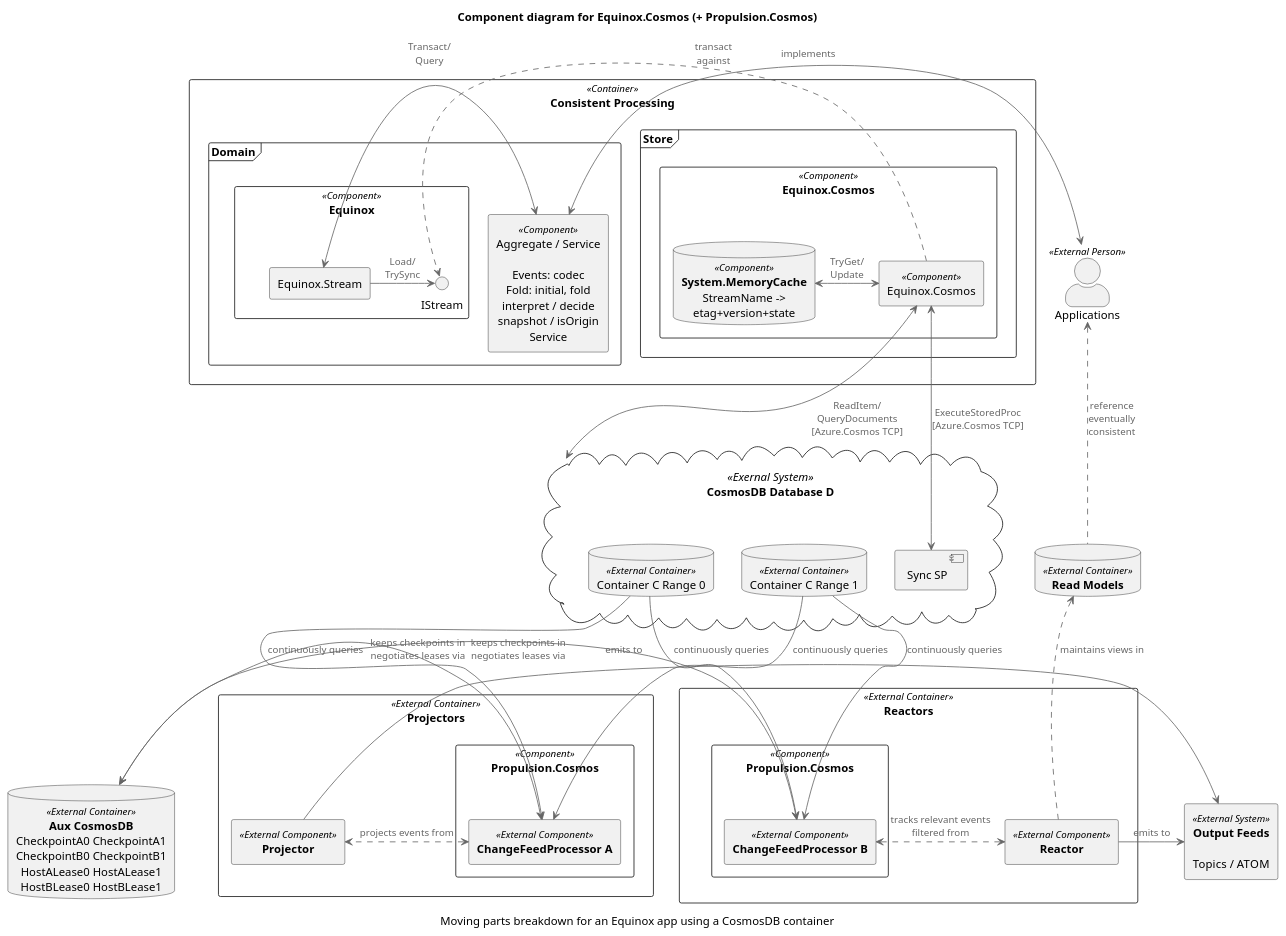
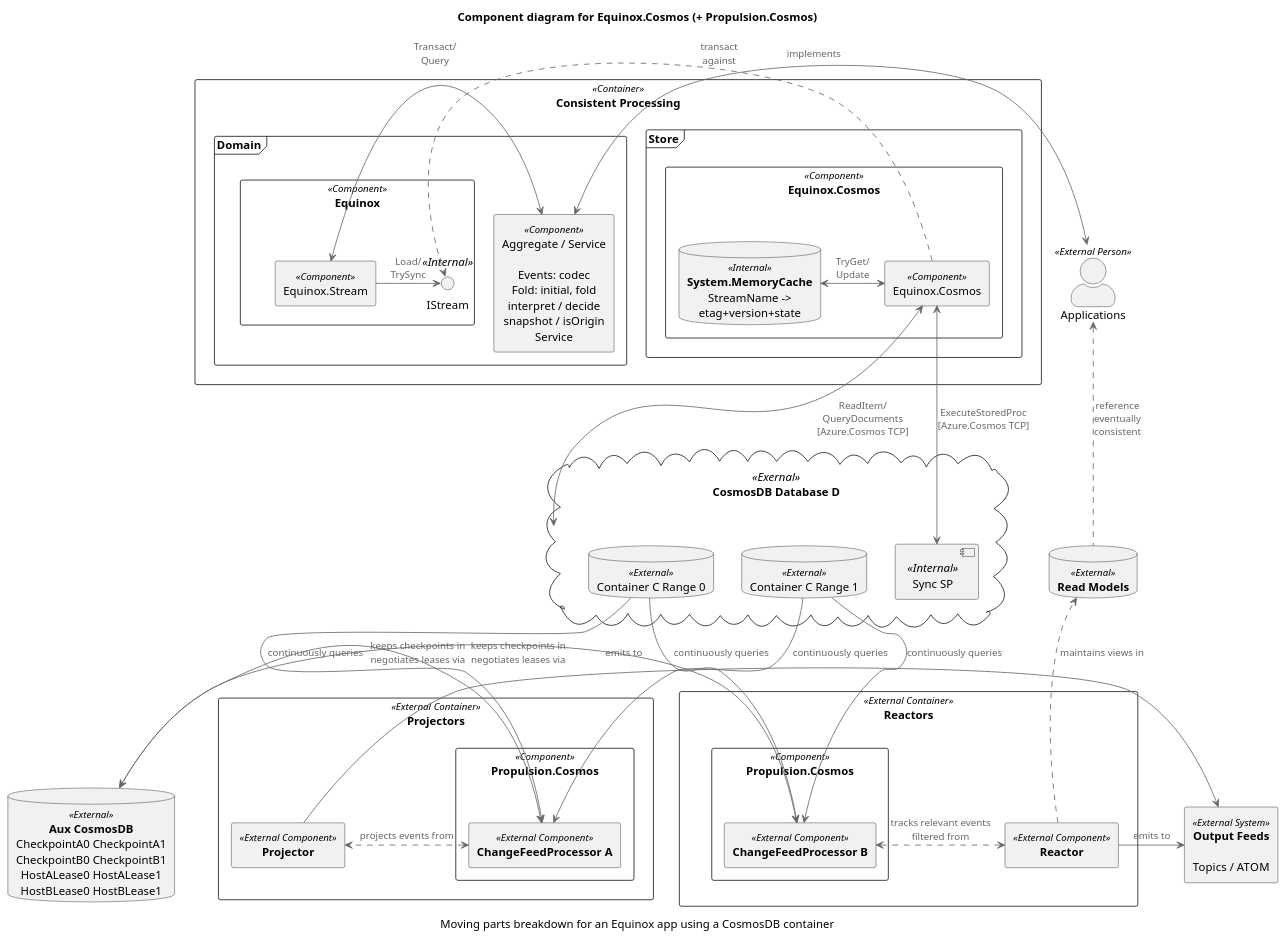
The diagram in diagrams/CosmosComponent.puml (jet/equinox), drawn with PlantUML before and after one commit. The commit also changed 6 other files, not shown here.

```diff
--- a/diagrams/CosmosComponent.puml
+++ b/diagrams/CosmosComponent.puml
@@ -1,120 +1,118 @@
 @startuml
 !includeurl https://raw.githubusercontent.com/skleanthous/C4-PlantumlSkin/master/build/output/c4.puml
 
 title Component diagram for Equinox.Cosmos (+ Propulsion.Cosmos)
 caption Moving parts breakdown for an Equinox app using a CosmosDB container
 
 actor "Applications" <<External Person>> as apps
 
 rectangle "Consistent Processing" <<Container>> {
     frame Domain {
         rectangle "Equinox" as eqx <<Component>> {
-            rectangle stream [
-                Equinox.Stream
-            ]
-            interface IStream
+            rectangle "Equinox.Stream" as stream <<Component>>
+            interface IStream <<Internal>>
         }
         rectangle aggregate <<Component>> [
             Aggregate / Service
 
             Events: codec
             Fold: initial, fold
             interpret / decide
             snapshot / isOrigin
             Service
         ]
     }
     frame Store {
         rectangle "Equinox.Cosmos" <<Component>> {
-            database memorycache <<Component>> [
+            database memorycache <<Internal>> [
                 **System.MemoryCache**
                 StreamName ->
                 etag+version+state
             ]
             rectangle eqxcosmos <<Component>> [
                 Equinox.Cosmos
             ]
         }
     }
 }
 
-cloud "CosmosDB Database D" as cosmos <<Exernal System>> {
-    node [Sync SP] as sync
-    database "Container C Range 0" as cosmos0 <<External Container>>
-    database "Container C Range 1" as cosmos1 <<External Container>>
+cloud "CosmosDB Database D" as cosmos <<Exernal>> {
+    node [Sync SP] as sync <<Internal>>
+    database "Container C Range 0" as cosmos0 <<External>>
+    database "Container C Range 1" as cosmos1 <<External>>
 }
 
 together {
     rectangle "**Projectors**" <<External Container>> as projectors {
         rectangle projector <<External Component>> [
             **Projector**
         ]
         rectangle Propulsion.Cosmos as pc1 <<Component>> {
             rectangle cfp0 <<External Component>> [
                 **ChangeFeedProcessor A**
             ]
         }
     }
-    database aux <<External Container>> [
+    database aux <<External>> [
         **Aux CosmosDB**
         CheckpointA0 CheckpointA1
         CheckpointB0 CheckpointB1
         HostALease0 HostALease1
         HostBLease0 HostBLease1
     ]
     rectangle "**Reactors**" <<External Container>> as reactors {
         rectangle reactor <<External Component>> [
             **Reactor**
         ]
         rectangle "Propulsion.Cosmos" as pc2 <<Component>> {
             rectangle cfp1 <<External Component>> [
                 **ChangeFeedProcessor B**
             ]
         }
     }
 }
 
 rectangle outputs <<External System>> [
     **Output Feeds**
 
     Topics / ATOM
 ]
 
-database caches <<External Container>> [
+database caches <<External>> [
     **Read Models**
 ]
 
 apps      <.    caches      : reference\neventually\nconsistent
 apps      <->   aggregate   : transact\nagainst
 aggregate   <-> stream      : Transact/\nQuery
-stream       -> IStream   : Load/\nTrySync
+stream       -> IStream     : Load/\nTrySync
 eqxcosmos <->   memorycache : TryGet/\nUpdate
 eqxcosmos <->   sync        : ExecuteStoredProc\n[Azure.Cosmos TCP]
 eqxcosmos <->   cosmos      : ReadItem/\nQueryDocuments\n[Azure.Cosmos TCP]
 eqxcosmos    .> IStream     : implements
 
 cosmos0      -> cfp0        : continuously queries
 cosmos0      -> cfp1        : continuously queries
 cosmos1      -> cfp0        : continuously queries
 cosmos1      -> cfp1        : continuously queries
 
 cfp0      <->   aux         : keeps checkpoints in\nnegotiates leases via
 cfp1      <->   aux         : keeps checkpoints in\nnegotiates leases via
 cfp0      <.>   projector   : projects events from
 cfp1      <.>   reactor     : tracks relevant events filtered from
 
 projector    -> outputs     : emits to
 
 reactor      .> caches      : maintains views in
 reactor      -> outputs     : emits to
 
 apps      <-[hidden]L-> aggregate
 aggregate <-[hidden]L-> eqx
 eqxcosmos <-[hidden]L-> stream
 eqxcosmos <-[hidden]L-> memorycache
 stream    <-[hidden]D-> cosmos
 reactor   <-[hidden]U-> caches
 projector <-[hidden]U-> aux
 cosmos0   <-[hidden]D-> reactors
 
 @enduml
```
